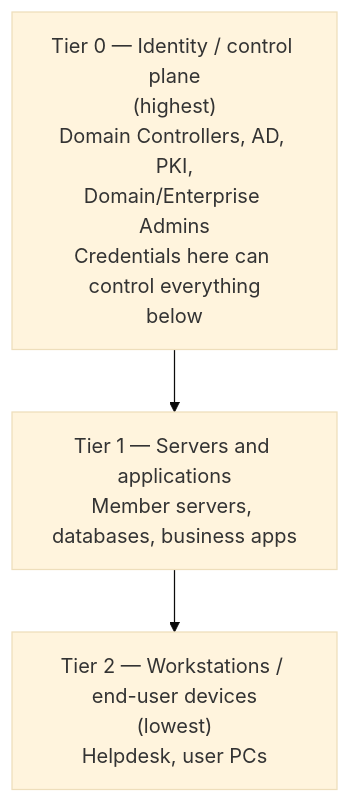
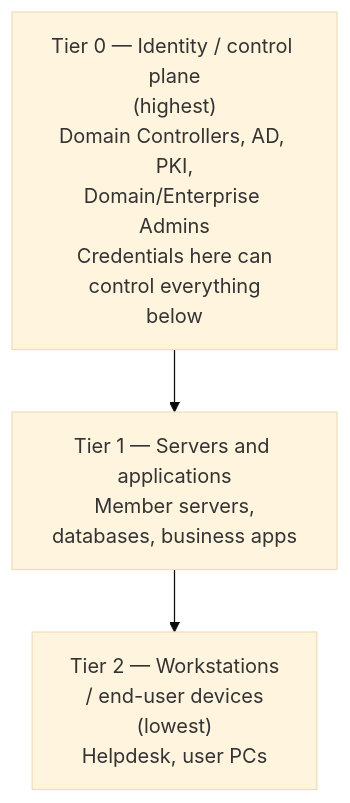
One commit to morandeirachema/WallixCerts changed the fourth of 4 diagrams in prerequisites/windows-and-active-directory.md. Above: the diagram before and after it, drawn with Mermaid (base theme). The commit also changed 35 other files, not shown here.

First line of the commit message:
Tidy Mermaid boxes: balanced wrapping at a narrower width (36)

````diff
--- a/prerequisites/windows-and-active-directory.md
+++ b/prerequisites/windows-and-active-directory.md
@@ -221,7 +221,7 @@
 ```mermaid
 flowchart TD
-    T0["Tier 0 — Identity / control plane<br/>(highest)<br/>Domain Controllers, AD, PKI,<br/>Domain/Enterprise Admins<br/>Credentials here can control everything<br/>below"]
-    T1["Tier 1 — Servers and applications<br/>Member servers, databases, business apps"]
-    T2["Tier 2 — Workstations / end-user devices<br/>(lowest)<br/>Helpdesk, user PCs"]
+    T0["Tier 0 — Identity / control plane<br/>(highest)<br/>Domain Controllers, AD, PKI,<br/>Domain/Enterprise Admins<br/>Credentials here can<br/>control everything<br/>below"]
+    T1["Tier 1 — Servers and applications<br/>Member servers,<br/>databases, business apps"]
+    T2["Tier 2 — Workstations<br/>/ end-user devices<br/>(lowest)<br/>Helpdesk, user PCs"]
     T0 --> T1 --> T2
 ```
````
